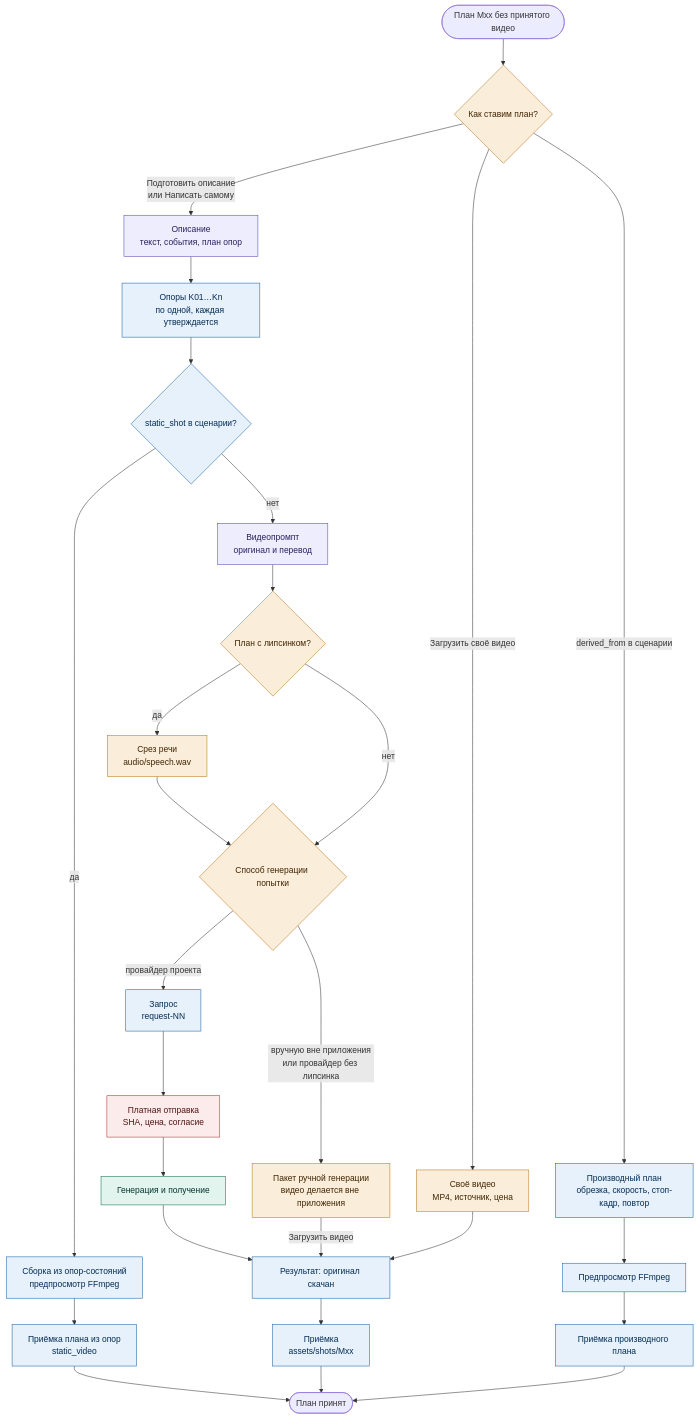
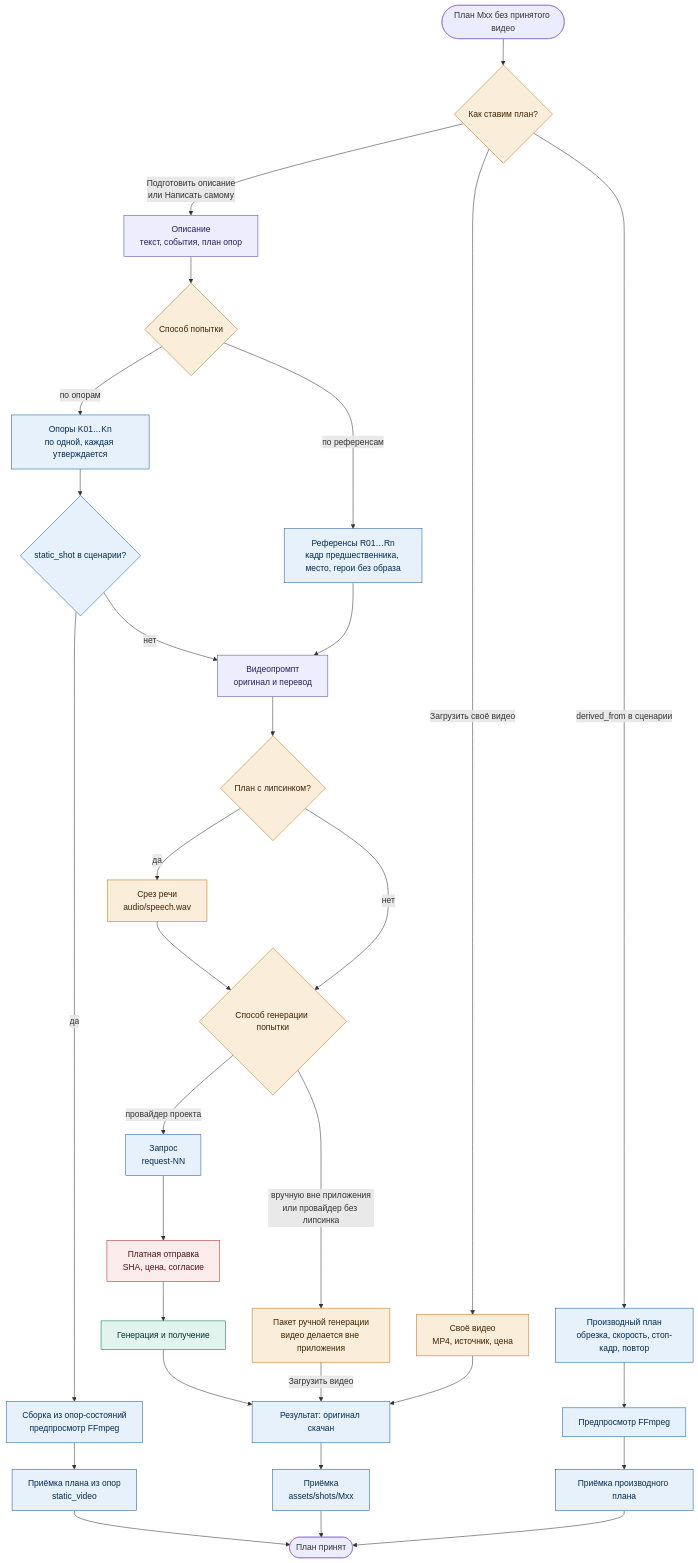
Before and after one commit to ai-animation-tools/songframe: the first of 10 diagrams in docs/production-map.md, drawn with Mermaid. The commit also changed other lines of this file and 57 other files, not shown here.

````diff
--- a/docs/production-map.md
+++ b/docs/production-map.md
@@ -20,41 +20,44 @@
 ```mermaid
 flowchart TD
   start(["План Mxx без принятого видео"]) --> how{"Как ставим план?"}
   how -- "Подготовить описание<br/>или Написать самому" --> desc["Описание<br/>текст, события, план опор"]
   how -- "Загрузить своё видео" --> own["Своё видео<br/>MP4, источник, цена"]
   how -- "derived_from в сценарии" --> derived["Производный план<br/>обрезка, скорость, стоп-кадр, повтор"]
-  desc --> kf["Опоры K01…Kn<br/>по одной, каждая утверждается"]
+  desc --> kind{"Способ попытки"}
+  kind -- "по опорам" --> kf["Опоры K01…Kn<br/>по одной, каждая утверждается"]
+  kind -- "по референсам" --> refs["Референсы R01…Rn<br/>кадр предшественника, место, герои без образа"]
+  refs --> vp
   kf --> still{"static_shot в сценарии?"}
   still -- "да" --> assemble["Сборка из опор-состояний<br/>предпросмотр FFmpeg"]
   assemble --> saccept["Приёмка плана из опор<br/>static_video"]
   still -- "нет" --> vp["Видеопромпт<br/>оригинал и перевод"]
   vp --> lip{"План с липсинком?"}
   lip -- "да" --> speech["Срез речи<br/>audio/speech.wav"]
   lip -- "нет" --> method
   speech --> method{"Способ генерации попытки"}
   method -- "провайдер проекта" --> req["Запрос<br/>request-NN"]
   method -- "вручную вне приложения<br/>или провайдер без липсинка" --> manual["Пакет ручной генерации<br/>видео делается вне приложения"]
   req --> pay["Платная отправка<br/>SHA, цена, согласие"]
   pay --> gen["Генерация и получение"]
   gen --> res["Результат: оригинал скачан"]
   manual -- "Загрузить видео" --> res
   own --> res
   res --> accept["Приёмка<br/>assets/shots/Mxx"]
   derived --> dprev["Предпросмотр FFmpeg"] --> daccept["Приёмка производного плана"]
   accept --> done(["План принят"])
   daccept --> done
   saccept --> done
 
-  class how,method,lip,own,manual,speech user
+  class how,method,lip,own,manual,speech,kind user
   class desc,vp agent
-  class kf,req,derived,dprev,still,assemble app
+  class kf,refs,req,derived,dprev,still,assemble app
   class pay paid
   class gen service
   class res,accept,daccept,saccept app
   classDef user fill:#FAEEDA,stroke:#BA7517,color:#412402
   classDef agent fill:#EEEDFE,stroke:#534AB7,color:#26215C
   classDef app fill:#E6F1FB,stroke:#185FA5,color:#042C53
   classDef paid fill:#FCEBEB,stroke:#A32D2D,color:#501313
   classDef service fill:#E1F5EE,stroke:#0F6E56,color:#04342C
   classDef bad fill:#F1EFE8,stroke:#5F5E5A,color:#2C2C2A,stroke-dasharray:4 3
 ```
````
